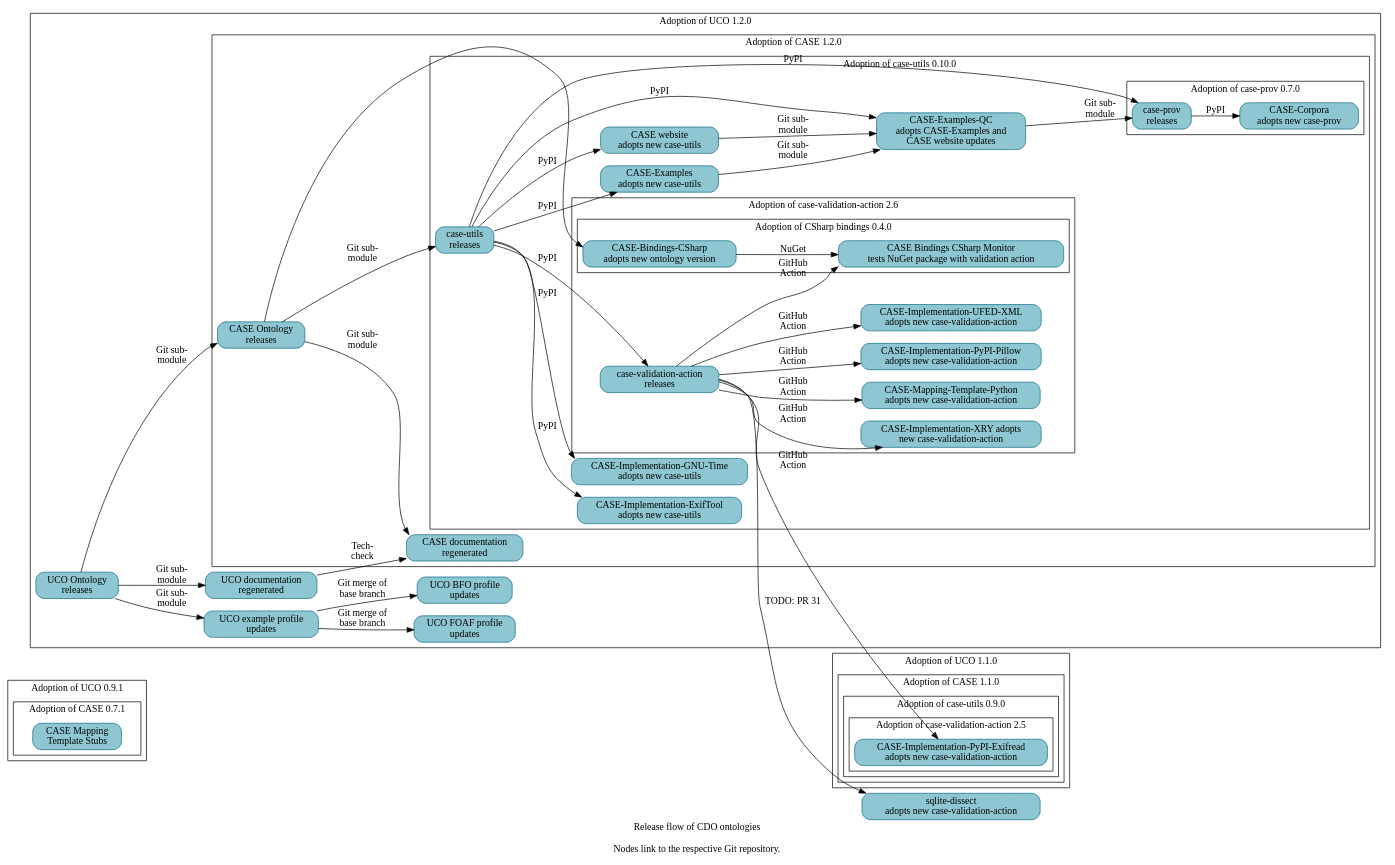
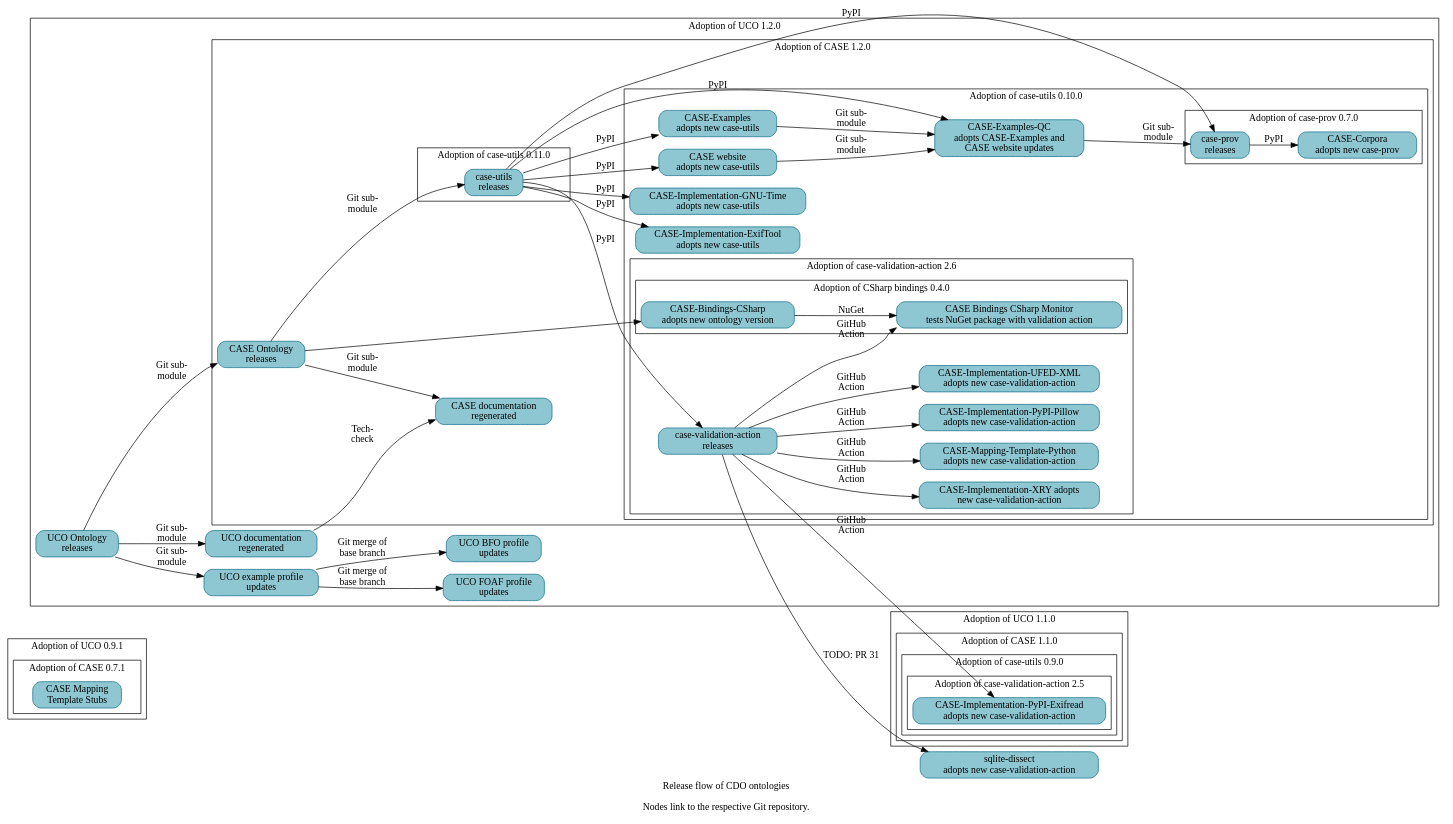
Before and after one commit to Cyber-Domain-Ontology/cdo.github.io: the diagram in resources/project_release_flow.dot, drawn with Graphviz.

Commit message:
Bump case-utils version
A follow-on patch will regenerate Make-managed files.

```diff
--- a/resources/project_release_flow.dot
+++ b/resources/project_release_flow.dot
@@ -1,117 +1,122 @@
 digraph "cdo_release_flow" {
   label = "Release flow of CDO ontologies\n\nNodes link to the respective Git repository." ;
   rankdir = "LR" ;
   node [shape="rectangle" style="filled,rounded" fillcolor="#8EC7D2" color="#0D6986"] ;
 
 
   // Define nodes in their corresponding progress subgraph.
 
   subgraph cluster_uco_0_9_1 {
     label = "Adoption of UCO 0.9.1" ;
 
     subgraph cluster_case_0_7_1 {
       label = "Adoption of CASE 0.7.1" ;
       _GH__CASEWORK__CASE_MAPPING_TEMPLATE_STUBS [URL="https://github.com/casework/CASE-Mapping-Template-Stubs" label="CASE Mapping\nTemplate Stubs"] ;
     }
   }
   subgraph cluster_uco_1_1_0 {
     label = "Adoption of UCO 1.1.0" ;
 
     subgraph cluster_case_1_1_0 {
       label = "Adoption of CASE 1.1.0" ;
 
       subgraph cluster_case_utils_0_9_0 {
         label = "Adoption of case-utils 0.9.0" ;
 
         subgraph cluster_case_validation_action_2_5 {
           label = "Adoption of case-validation-action 2.5" ;
 
           _GH__CASEWORK__CASE_IMPLEMENTATON_PYPI_EXIFREAD [URL="https://github.com/casework/CASE-Implementation-PyPI-Exifread" label="CASE-Implementation-PyPI-Exifread\nadopts new case-validation-action"] ;
         }
       }
     }
   }
   subgraph cluster_uco_1_2_0 {
     label = "Adoption of UCO 1.2.0" ;
 
     _GH__UCOPROJECT__ONTOLOGY_UNIFIEDCYBERONTOLOGY_ORG [URL="https://github.com/ucoProject/ontology.unifiedcyberontology.org" label="UCO documentation\nregenerated"] ;
     _GH__UCOPROJECT__UCO [URL="https://github.com/ucoProject/UCO" label="UCO Ontology\nreleases"] ;
     _GH__UCOPROJECT__UCO_PROFILE_BFO [URL="https://github.com/ucoProject/UCO-Profile-BFO" label="UCO BFO profile\nupdates"] ;
     _GH__UCOPROJECT__UCO_PROFILE_EXAMPLE [URL="https://github.com/ucoProject/UCO-Profile-Example" label="UCO example profile\nupdates"] ;
     _GH__UCOPROJECT__UCO_PROFILE_FOAF [URL="https://github.com/ucoProject/UCO-Profile-FOAF" label="UCO FOAF profile\nupdates"] ;
 
     subgraph cluster_case_1_2_0 {
       label = "Adoption of CASE 1.2.0" ;
 
       _GH__CASEWORK__CASE [URL="https://github.com/casework/CASE" label="CASE Ontology\nreleases"] ;
       _GH__CASEWORK__ONTOLOGY_CASEONTOLOGY_ORG [URL="https://github.com/casework/ontology.caseontology.org" label="CASE documentation\nregenerated"] ;
 
       subgraph cluster_case_utils_0_10_0 {
         label = "Adoption of case-utils 0.10.0" ;
 
         _GH__AJNELSON_NIST__CASE_EXAMPLES_QC [URL="https://github.com/ajnelson-nist/CASE-Examples-QC" label="CASE-Examples-QC\nadopts CASE-Examples and\nCASE website updates"] ;
         _GH__CASEWORK__CASE_EXAMPLES [URL="https://github.com/casework/CASE-Examples" label="CASE-Examples\nadopts new case-utils"] ;
         _GH__CASEWORK__CASE_IMPLEMENTATON_EXIFTOOL [URL="https://github.com/casework/CASE-Implementation-ExifTool" label="CASE-Implementation-ExifTool\nadopts new case-utils"] ;
         _GH__CASEWORK__CASE_IMPLEMENTATON_GNU_TIME [URL="https://github.com/casework/CASE-Implementation-GNU-Time" label="CASE-Implementation-GNU-Time\nadopts new case-utils"] ;
-        _GH__CASEWORK__CASE_UTILITIES_PYTHON [URL="https://github.com/casework/CASE-Utilities-Python" label="case-utils\nreleases"] ;
         _GH__CASEWORK__CASEWORK_GITHUB_IO [URL="https://github.com/casework/casework.github.io" label="CASE website\nadopts new case-utils"] ;
 
         subgraph cluster_case_prov_0_7_0 {
           label = "Adoption of case-prov 0.7.0" ;
 
           _GH__CASEWORK__CASE_CORPORA [URL="https://github.com/casework/CASE-Corpora" label="CASE-Corpora\nadopts new case-prov"] ;
           _GH__CASEWORK__CASE_IMPLEMENTATON_PROV_O [URL="https://github.com/casework/CASE-Implementation-PROV-O" label="case-prov\nreleases"] ;
         }
         subgraph cluster_case_validation_action_2_6 {
           label = "Adoption of case-validation-action 2.6" ;
 
           _GH__CASEWORK__CASE_IMPLEMENTATON_PYPI_PILLOW [URL="https://github.com/casework/CASE-Implementation-PyPI-Pillow" label="CASE-Implementation-PyPI-Pillow\nadopts new case-validation-action"] ;
           _GH__CASEWORK__CASE_IMPLEMENTATON_UFED_XML [URL="https://github.com/casework/CASE-Implementation-UFED-XML" label="CASE-Implementation-UFED-XML\nadopts new case-validation-action"] ;
           _GH__CASEWORK__CASE_IMPLEMENTATON_XRY [URL="https://github.com/casework/CASE-Implementation-XRY" label="CASE-Implementation-XRY adopts\nnew case-validation-action"] ;
           _GH__CASEWORK__CASE_MAPPING_TEMPLATE_PYTHON [URL="https://github.com/casework/CASE-Mapping-Template-Python" label="CASE-Mapping-Template-Python\nadopts new case-validation-action"] ;
           _GH__KCHASON__CASE_VALIDATION_ACTION [URL="https://github.com/kchason/case-validation-action" label="case-validation-action\nreleases"] ;
 
           subgraph cluster_case_bindings_csharp_0_4_0 {
             label = "Adoption of CSharp bindings 0.4.0" ;
 
             _GH__CASEWORK__CASE_BINDINGS_CSHARP_MONITOR [URL="https://github.com/casework/CASE-Bindings-CSharp-Monitor" label="CASE Bindings CSharp Monitor\ntests NuGet package with validation action"] ;
             _GH__CIPHERTECHSOLUTIONS__CASE_BINDINGS_CSHARP [URL="https://github.com/ciphertechsolutions/CASE-Bindings-CSharp" label="CASE-Bindings-CSharp\nadopts new ontology version"]
           }
         }
+      }
+
+      subgraph cluster_case_utils_0_11_0 {
+        label = "Adoption of case-utils 0.11.0" ;
+
+        _GH__CASEWORK__CASE_UTILITIES_PYTHON [URL="https://github.com/casework/CASE-Utilities-Python" label="case-utils\nreleases"] ;
       }
     }
   }
 
   _GH__DOD_CYBER_CRIME_CENTER__SQLITE_DISSECT [URL="https://github.com/dod-cyber-crime-center/sqlite-dissect" label="sqlite-dissect\nadopts new case-validation-action"] ;
 
   // Begin edges
 
   _GH__AJNELSON_NIST__CASE_EXAMPLES_QC -> _GH__CASEWORK__CASE_IMPLEMENTATON_PROV_O [label="Git sub-\nmodule"] ;
   _GH__CASEWORK__CASE -> _GH__CASEWORK__CASE_UTILITIES_PYTHON [label="Git sub-\nmodule"] ;
   _GH__CASEWORK__CASE -> _GH__CIPHERTECHSOLUTIONS__CASE_BINDINGS_CSHARP ;
   _GH__CASEWORK__CASE -> _GH__CASEWORK__ONTOLOGY_CASEONTOLOGY_ORG [label="Git sub-\nmodule"] ; 
   _GH__CASEWORK__CASE_EXAMPLES -> _GH__AJNELSON_NIST__CASE_EXAMPLES_QC [label="Git sub-\nmodule"] ;
   _GH__CASEWORK__CASE_IMPLEMENTATON_PROV_O -> _GH__CASEWORK__CASE_CORPORA [label="PyPI"] ;
   _GH__CASEWORK__CASE_UTILITIES_PYTHON -> _GH__AJNELSON_NIST__CASE_EXAMPLES_QC [label="PyPI"] ;
   _GH__CASEWORK__CASE_UTILITIES_PYTHON -> _GH__CASEWORK__CASE_EXAMPLES [label="PyPI"] ;
   _GH__CASEWORK__CASE_UTILITIES_PYTHON -> _GH__CASEWORK__CASE_IMPLEMENTATON_EXIFTOOL [label="PyPI"] ;
   _GH__CASEWORK__CASE_UTILITIES_PYTHON -> _GH__CASEWORK__CASE_IMPLEMENTATON_GNU_TIME [label="PyPI"] ;
   _GH__CASEWORK__CASE_UTILITIES_PYTHON -> _GH__CASEWORK__CASE_IMPLEMENTATON_PROV_O [label="PyPI"] ;
   _GH__CASEWORK__CASE_UTILITIES_PYTHON -> _GH__KCHASON__CASE_VALIDATION_ACTION [label="PyPI"] ;
   _GH__CASEWORK__CASE_UTILITIES_PYTHON -> _GH__CASEWORK__CASEWORK_GITHUB_IO [label="PyPI"] ;
   _GH__CASEWORK__CASEWORK_GITHUB_IO -> _GH__AJNELSON_NIST__CASE_EXAMPLES_QC [label="Git sub-\nmodule"] ;
   _GH__CIPHERTECHSOLUTIONS__CASE_BINDINGS_CSHARP -> _GH__CASEWORK__CASE_BINDINGS_CSHARP_MONITOR [label="NuGet"] ;
   _GH__KCHASON__CASE_VALIDATION_ACTION -> _GH__CASEWORK__CASE_BINDINGS_CSHARP_MONITOR [label="GitHub\nAction"] ;
   _GH__KCHASON__CASE_VALIDATION_ACTION -> _GH__CASEWORK__CASE_IMPLEMENTATON_PYPI_EXIFREAD [label="GitHub\nAction"] ;
   _GH__KCHASON__CASE_VALIDATION_ACTION -> _GH__CASEWORK__CASE_IMPLEMENTATON_PYPI_PILLOW [label="GitHub\nAction"] ;
   _GH__KCHASON__CASE_VALIDATION_ACTION -> _GH__CASEWORK__CASE_IMPLEMENTATON_UFED_XML [label="GitHub\nAction"] ;
   _GH__KCHASON__CASE_VALIDATION_ACTION -> _GH__CASEWORK__CASE_IMPLEMENTATON_XRY [label="GitHub\nAction"] ;
   _GH__KCHASON__CASE_VALIDATION_ACTION -> _GH__CASEWORK__CASE_MAPPING_TEMPLATE_PYTHON [label="GitHub\nAction"] ;
   _GH__KCHASON__CASE_VALIDATION_ACTION -> _GH__DOD_CYBER_CRIME_CENTER__SQLITE_DISSECT [URL="https://github.com/dod-cyber-crime-center/sqlite-dissect/pull/31" label="TODO: PR 31"] ;
   _GH__UCOPROJECT__ONTOLOGY_UNIFIEDCYBERONTOLOGY_ORG -> _GH__CASEWORK__ONTOLOGY_CASEONTOLOGY_ORG [label="Tech-\ncheck"];
   _GH__UCOPROJECT__UCO -> _GH__CASEWORK__CASE [label="Git sub-\nmodule"] ;
   _GH__UCOPROJECT__UCO -> _GH__UCOPROJECT__ONTOLOGY_UNIFIEDCYBERONTOLOGY_ORG [label="Git sub-\nmodule"] ;
   _GH__UCOPROJECT__UCO -> _GH__UCOPROJECT__UCO_PROFILE_EXAMPLE [label="Git sub-\nmodule"] ;
   _GH__UCOPROJECT__UCO_PROFILE_EXAMPLE -> _GH__UCOPROJECT__UCO_PROFILE_BFO [label="Git merge of\nbase branch"] ;
   _GH__UCOPROJECT__UCO_PROFILE_EXAMPLE -> _GH__UCOPROJECT__UCO_PROFILE_FOAF [label="Git merge of\nbase branch"] ;
 }
```
